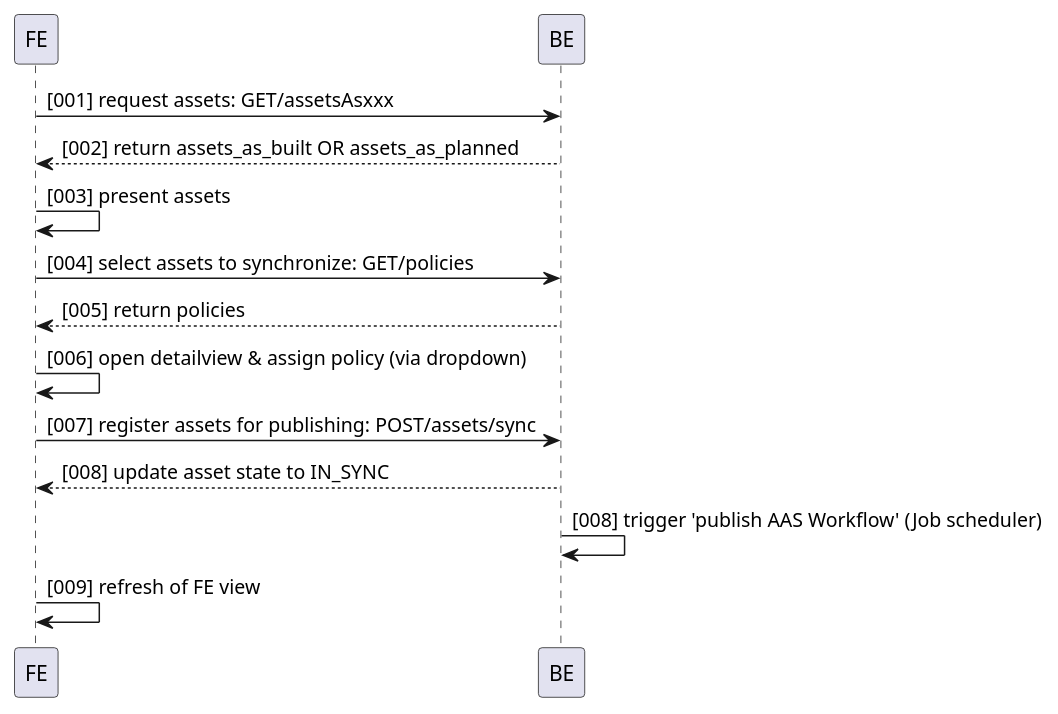
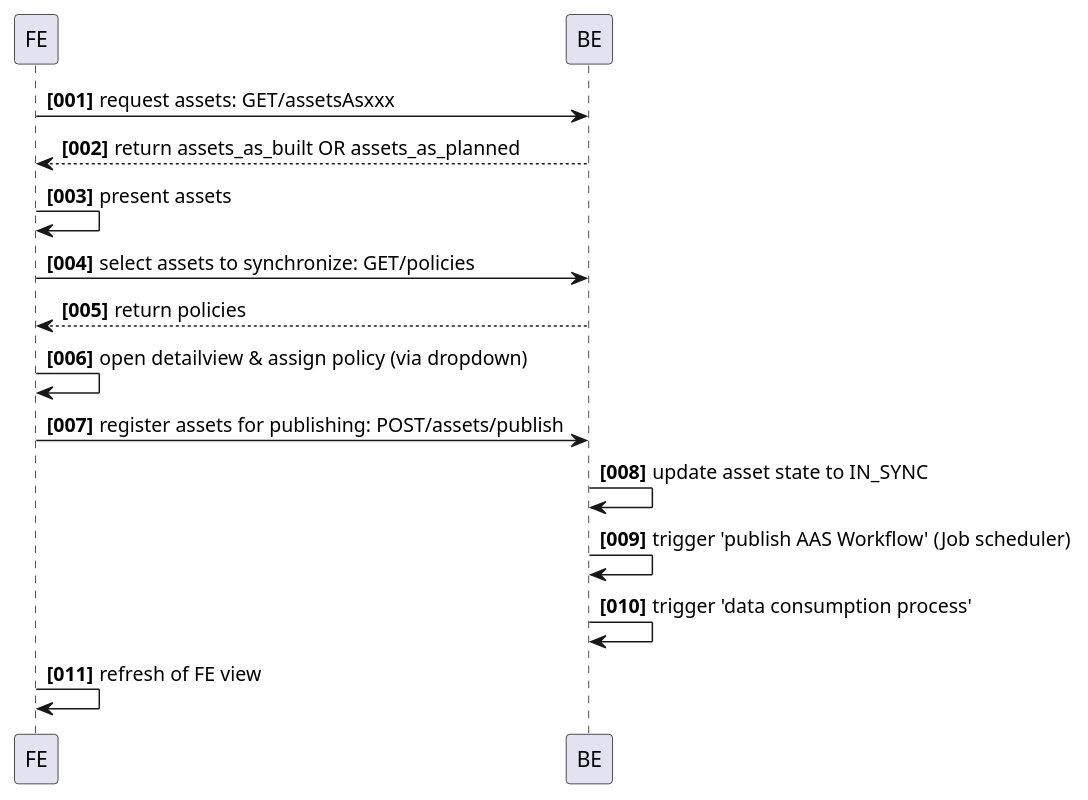
The diagram in docs/src/uml-diagrams/arc42/runtime-view/data-provisioning/trace-x-data-import-interface-modul2-sequence.puml (eclipse-tractusx/traceability-foss), drawn with PlantUML before and after one commit. The commit also changed 13 other files, not shown here.

Commit message:
feature(tx-backend): #536 documentation and adjustment to controller to be able to turn off assets synchronization after publishing to CX

```diff
--- a/docs/src/uml-diagrams/arc42/runtime-view/data-provisioning/trace-x-data-import-interface-modul2-sequence.puml
+++ b/docs/src/uml-diagrams/arc42/runtime-view/data-provisioning/trace-x-data-import-interface-modul2-sequence.puml
@@ -1,15 +1,17 @@
 @startuml
 participant FE
 participant BE
+autonumber "<b>[000]"
 
-FE -> BE: [001] request assets: GET/assetsAsxxx
-BE --> FE: [002] return assets_as_built OR assets_as_planned
-FE -> FE: [003] present assets
-FE -> BE: [004] select assets to synchronize: GET/policies
-BE --> FE: [005] return policies
-FE -> FE: [006] open detailview & assign policy (via dropdown)
-FE -> BE: [007] register assets for publishing: POST/assets/sync
-BE --> FE: [008] update asset state to IN_SYNC
-BE -> BE: [008] trigger 'publish AAS Workflow' (Job scheduler)
-FE -> FE: [009] refresh of FE view
+FE -> BE: request assets: GET/assetsAsxxx
+BE --> FE: return assets_as_built OR assets_as_planned
+FE -> FE: present assets
+FE -> BE: select assets to synchronize: GET/policies
+BE --> FE: return policies
+FE -> FE: open detailview & assign policy (via dropdown)
+FE -> BE: register assets for publishing: POST/assets/publish
+BE -> BE: update asset state to IN_SYNC
+BE -> BE: trigger 'publish AAS Workflow' (Job scheduler)
+BE -> BE: trigger 'data consumption process'
+FE -> FE: refresh of FE view
 @enduml
```
